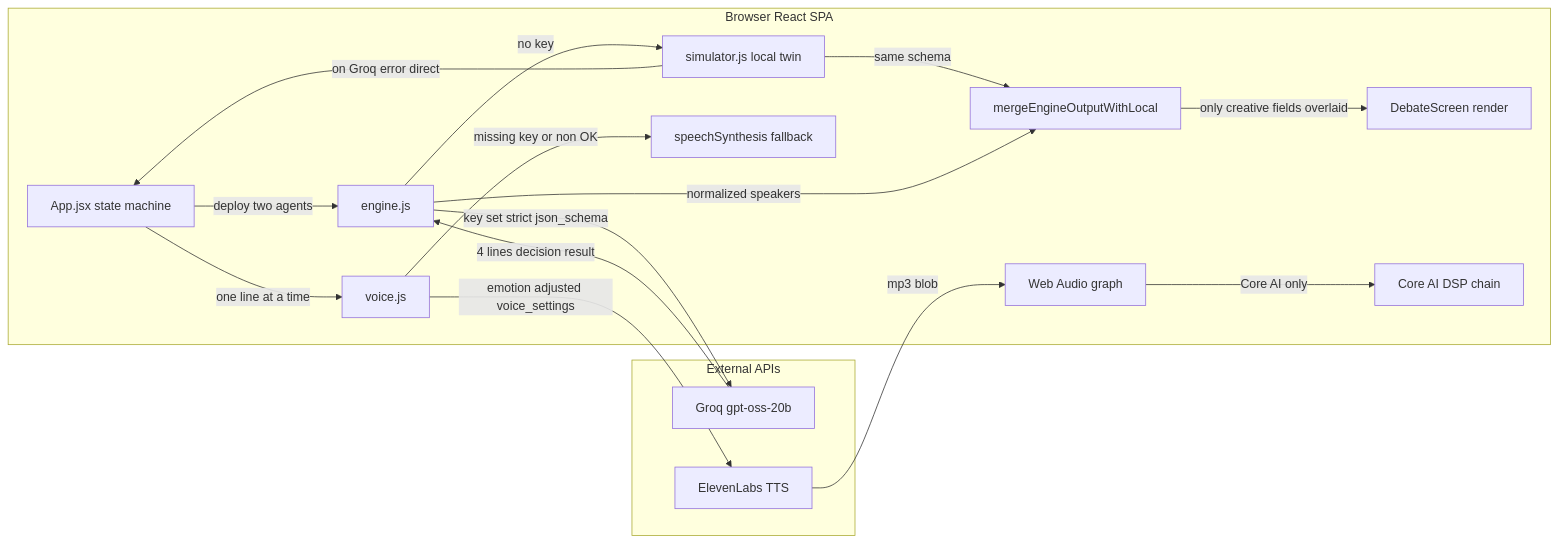
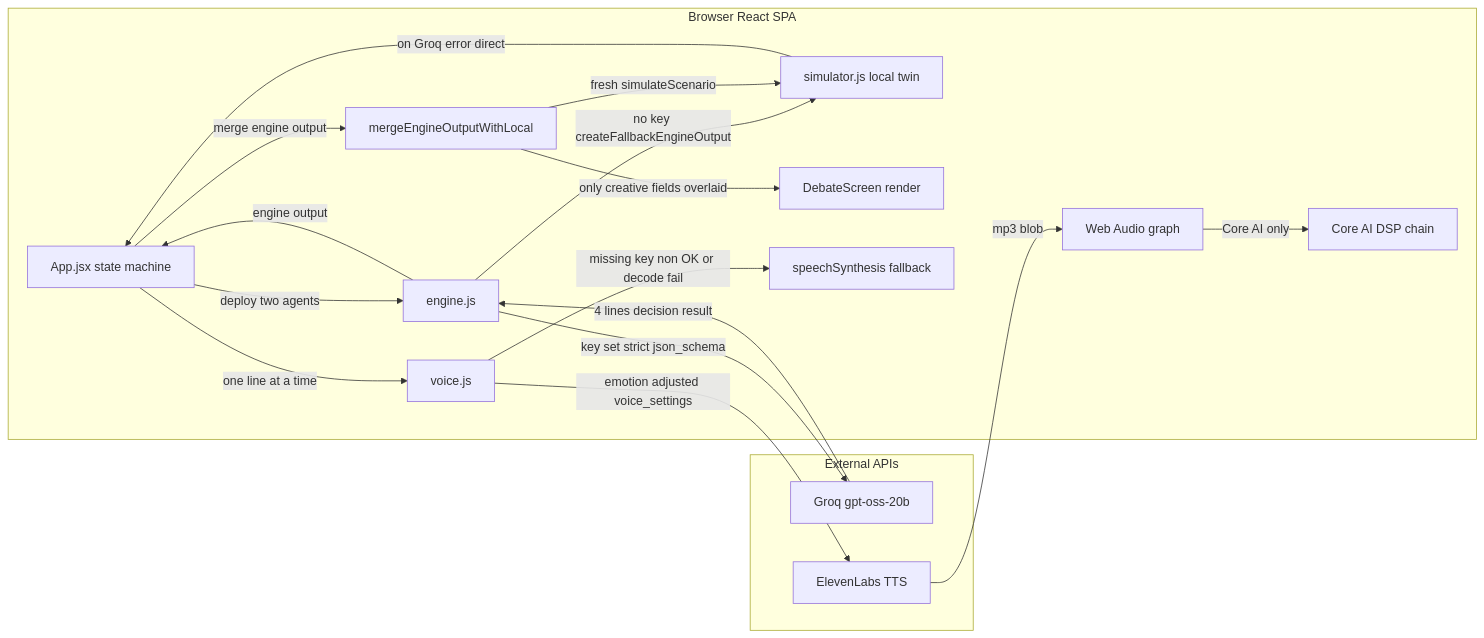
One commit to anirxdh/portfolio changed the diagram in content/diagrams/voices-of-the-last-world-architecture.mmd. Above: the diagram before and after it, drawn with Mermaid. The commit also changed 77 other files, not shown here.

```diff
--- a/content/diagrams/voices-of-the-last-world-architecture.mmd
+++ b/content/diagrams/voices-of-the-last-world-architecture.mmd
@@ -1,29 +1,30 @@
 flowchart LR
   subgraph S1[Browser React SPA]
     A[App.jsx state machine]
     B[engine.js]
     C[simulator.js local twin]
     D[mergeEngineOutputWithLocal]
     E[DebateScreen render]
     F[voice.js]
     G[Web Audio graph]
     H[Core AI DSP chain]
     I[speechSynthesis fallback]
   end
   subgraph S2[External APIs]
     J[Groq gpt-oss-20b]
     K[ElevenLabs TTS]
   end
   A -->|deploy two agents| B
   B -->|key set strict json_schema| J
   J -->|4 lines decision result| B
-  B -->|no key| C
-  C -->|same schema| D
+  B -->|no key createFallbackEngineOutput| C
+  B -->|engine output| A
+  A -->|merge engine output| D
+  D -->|fresh simulateScenario| C
   C -->|on Groq error direct| A
-  B -->|normalized speakers| D
   D -->|only creative fields overlaid| E
   A -->|one line at a time| F
   F -->|emotion adjusted voice_settings| K
   K -->|mp3 blob| G
   G -->|Core AI only| H
-  F -->|missing key or non OK| I
+  F -->|missing key non OK or decode fail| I
```
